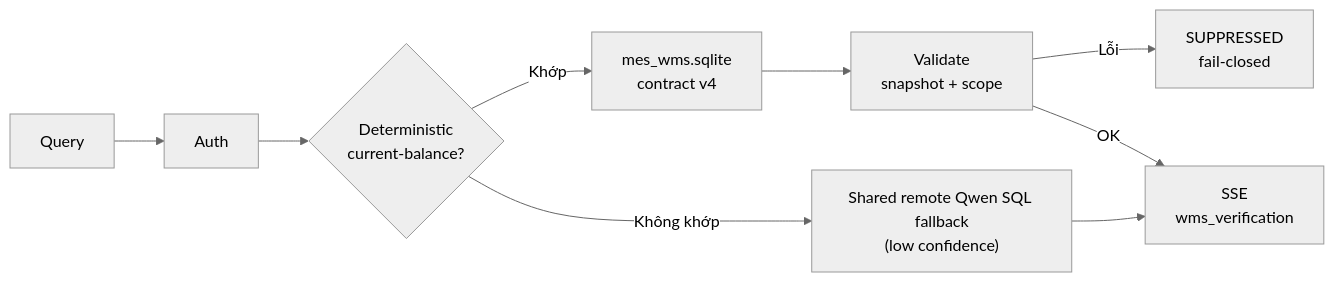
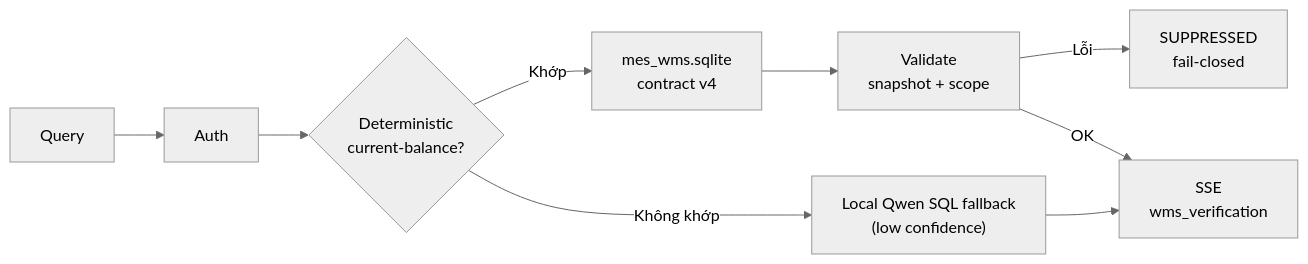
One commit to JKLover0909/VLLM-PD changed the fourth of 9 diagrams in Markdowns/ARCHITECTURE.md. Above: the diagram before and after it, drawn with Mermaid (neutral theme). The commit also changed other lines of this file and 7 other files, not shown here.

Commit message:
docs: describe single local Ollama model routing; drop remote/TLS target

````diff
--- a/Markdowns/ARCHITECTURE.md
+++ b/Markdowns/ARCHITECTURE.md
@@ -90,11 +89,11 @@
 ```mermaid
 flowchart LR
     Q["Query"] --> Auth["Auth"]
     Auth --> DET{"Deterministic\ncurrent-balance?"}
     DET -->|Khớp| SNAP["mes_wms.sqlite\ncontract v4"]
-    DET -->|Không khớp| FB["Shared remote Qwen SQL fallback\n(low confidence)"]
+    DET -->|Không khớp| FB["Local Qwen SQL fallback\n(low confidence)"]
     SNAP --> VAL["Validate\nsnapshot + scope"]
     VAL -->|Lỗi| SUP["SUPPRESSED\nfail-closed"]
     VAL -->|OK| SSE["SSE\nwms_verification"]
     FB --> SSE
 ```
````
